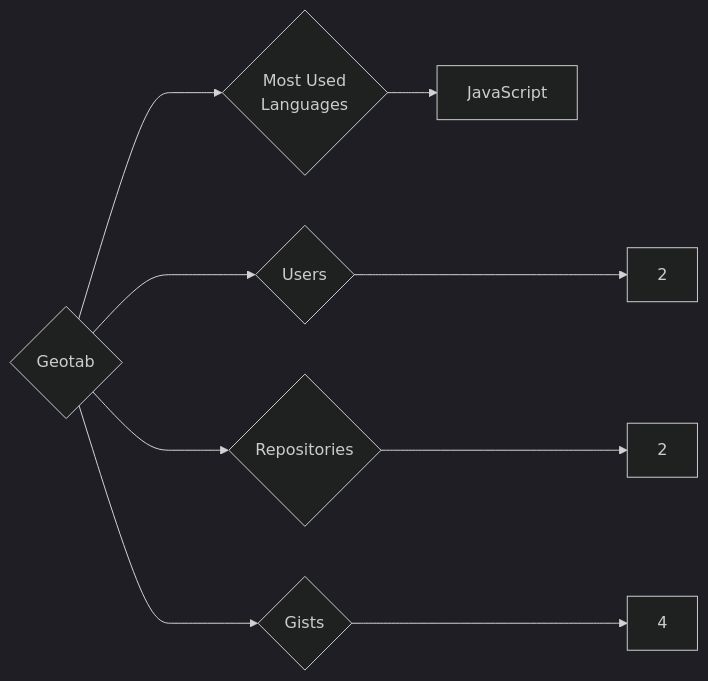
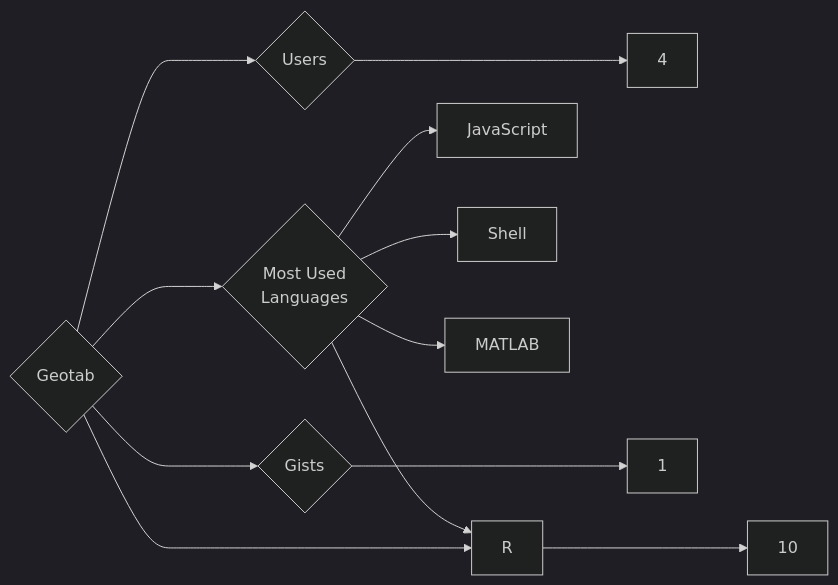
One commit to trickest/insiders changed the diagram in targets/Geotab/README.md. Above: the diagram before and after it, drawn with Mermaid (dark theme). The commit also changed 724 other files, not shown here.

````diff
--- a/targets/Geotab/README.md
+++ b/targets/Geotab/README.md
@@ -3,9 +3,12 @@
 ```mermaid
 graph LR
 COMPANY_NAME{Geotab}
-COMPANY_NAME ---> U{Users} ---> UN[2]
-COMPANY_NAME ---> R{Repositories} ---> RN[2]
-COMPANY_NAME ---> G{Gists} ---> GN[4]
+COMPANY_NAME ---> U{Users} ---> UN[4]
+COMPANY_NAME ---> R{Repositories} ---> RN[10]
+COMPANY_NAME ---> G{Gists} ---> GN[1]
 COMPANY_NAME ---> ML{Most Used<br>Languages}
 ML --> JavaScript[JavaScript]
+ML --> R[R]
+ML --> Shell[Shell]
+ML --> MATLAB[MATLAB]
 ```
````
